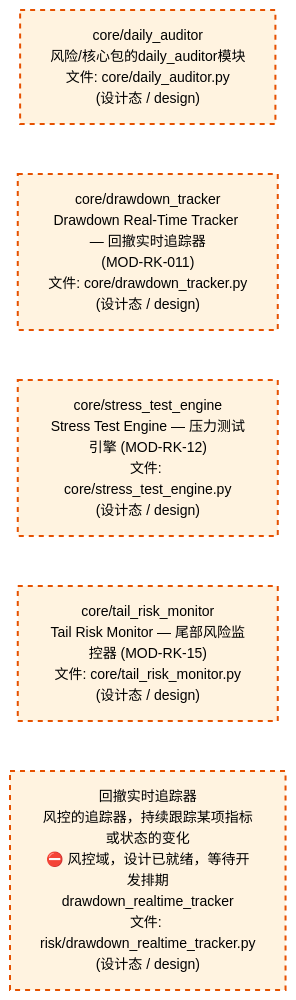
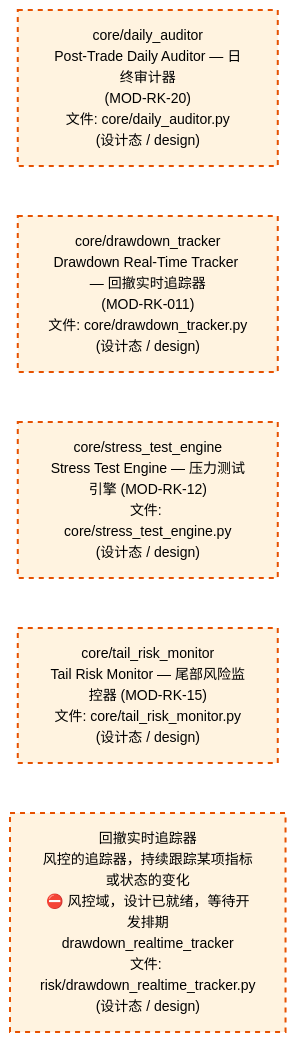
One commit to xuanFelixVan/ZephyrAlpha changed the third of 4 diagrams in docs/02_enterprise_architecture/02_domain_architecture_docs/65_d_risk.md. Above: the diagram before and after it, drawn with Mermaid. The commit also changed other lines of this file and 44 other files, not shown here.

````diff
--- a/docs/02_enterprise_architecture/02_domain_architecture_docs/65_d_risk.md
+++ b/docs/02_enterprise_architecture/02_domain_architecture_docs/65_d_risk.md
@@ -221,18 +223,18 @@
 ```mermaid
 %%{init: {'theme': 'base', 'themeVariables': {'primaryColor': '#eaeaea', 'primaryTextColor': '#333333', 'primaryBorderColor': '#666666', 'lineColor': '#666666', 'secondaryColor': '#eaeaea', 'tertiaryColor': '#eaeaea', 'fontSize': '14px'}}}%%
 flowchart TD
-    src_zephyr_risk_core_daily_auditor_py["core/daily_auditor<br/>风险/核心包的daily_auditor模块<br/>文件: core/daily_auditor.py<br/>(设计态 / design)"]
+    src_zephyr_risk_core_daily_auditor_py["core/daily_auditor<br/>Post-Trade Daily Auditor — 日终审计器<br/>(MOD-RK-20)<br/>文件: core/daily_auditor.py<br/>(设计态 / design)"]
     src_zephyr_risk_core_drawdown_tracker_py["core/drawdown_tracker<br/>Drawdown Real-Time Tracker — 回撤实时追踪器<br/>(MOD-RK-011)<br/>文件: core/drawdown_tracker.py<br/>(设计态 / design)"]
     src_zephyr_risk_core_stress_test_engine_py["core/stress_test_engine<br/>Stress Test Engine — 压力测试引擎 (MOD-RK-12)<br/>文件: core/stress_test_engine.py<br/>(设计态 / design)"]
     src_zephyr_risk_core_tail_risk_monitor_py["core/tail_risk_monitor<br/>Tail Risk Monitor — 尾部风险监控器 (MOD-RK-15)<br/>文件: core/tail_risk_monitor.py<br/>(设计态 / design)"]
     src_zephyr_risk_drawdown_realtime_tracker_py["回撤实时追踪器<br/>风控的追踪器，持续跟踪某项指标或状态的变化<br/>⛔ 风控域，设计已就绪，等待开发排期<br/>drawdown_realtime_tracker<br/>文件: risk/drawdown_realtime_tracker.py<br/>(设计态 / design)"]
     src_zephyr_risk_core_daily_auditor_py ~~~ src_zephyr_risk_core_drawdown_tracker_py
     src_zephyr_risk_core_drawdown_tracker_py ~~~ src_zephyr_risk_core_stress_test_engine_py
     src_zephyr_risk_core_stress_test_engine_py ~~~ src_zephyr_risk_core_tail_risk_monitor_py
     src_zephyr_risk_core_tail_risk_monitor_py ~~~ src_zephyr_risk_drawdown_realtime_tracker_py
     classDef production fill:#e1f5fe,stroke:#01579b,stroke-width:2px,color:#000
     classDef design fill:#fff3e0,stroke:#e65100,stroke-width:2px,color:#000,stroke-dasharray: 5 5
     classDef external_prod fill:#e8f4fd,stroke:#0277bd,stroke-width:1px,color:#000
     classDef external_design fill:#fff8e7,stroke:#ef6c00,stroke-width:1px,color:#000,stroke-dasharray: 5 5
     class src_zephyr_risk_core_daily_auditor_py,src_zephyr_risk_core_drawdown_tracker_py,src_zephyr_risk_core_stress_test_engine_py,src_zephyr_risk_core_tail_risk_monitor_py,src_zephyr_risk_drawdown_realtime_tracker_py design
 ```
````
